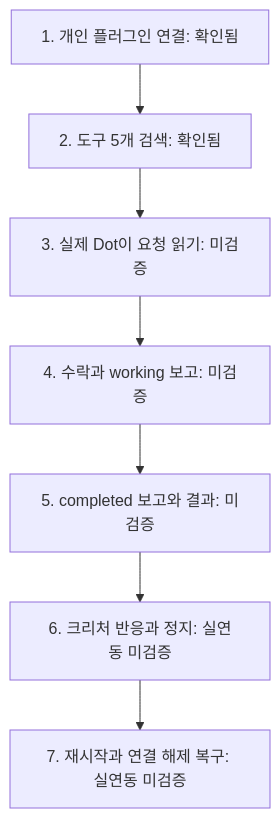
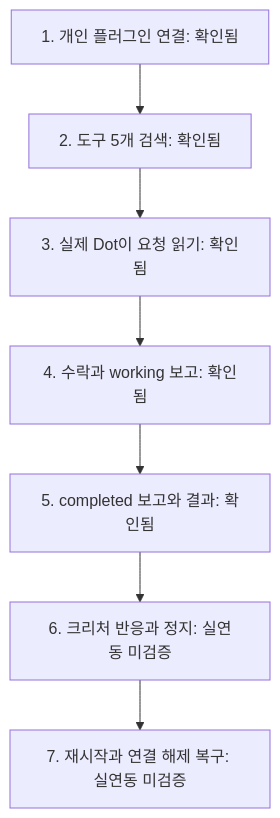
Before and after one commit to puritysb/AgentDeck: the second of 4 diagrams in docs/dot-connection-explained.ko.md, drawn with Mermaid. The commit also changed other lines of this file and 3 other files, not shown here.

````diff
--- a/docs/dot-connection-explained.ko.md
+++ b/docs/dot-connection-explained.ko.md
@@ -66,9 +66,9 @@
 ```mermaid
 flowchart TD
     A[1. 개인 플러그인 연결: 확인됨] --> B[2. 도구 5개 검색: 확인됨]
-    B --> C[3. 실제 Dot이 요청 읽기: 미검증]
-    C --> D[4. 수락과 working 보고: 미검증]
-    D --> E[5. completed 보고와 결과: 미검증]
+    B --> C[3. 실제 Dot이 요청 읽기: 확인됨]
+    C --> D[4. 수락과 working 보고: 확인됨]
+    D --> E[5. completed 보고와 결과: 확인됨]
     E --> F[6. 크리처 반응과 정지: 실연동 미검증]
     F --> G[7. 재시작과 연결 해제 복구: 실연동 미검증]
 ```
````
